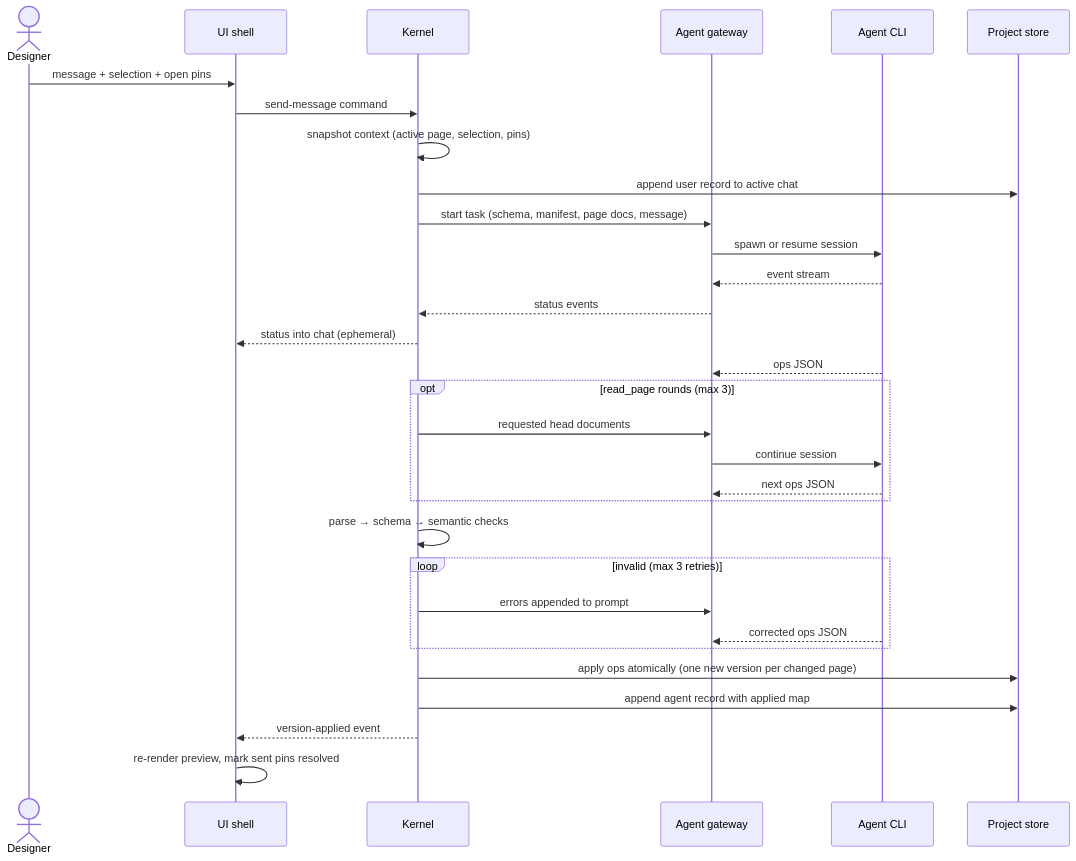
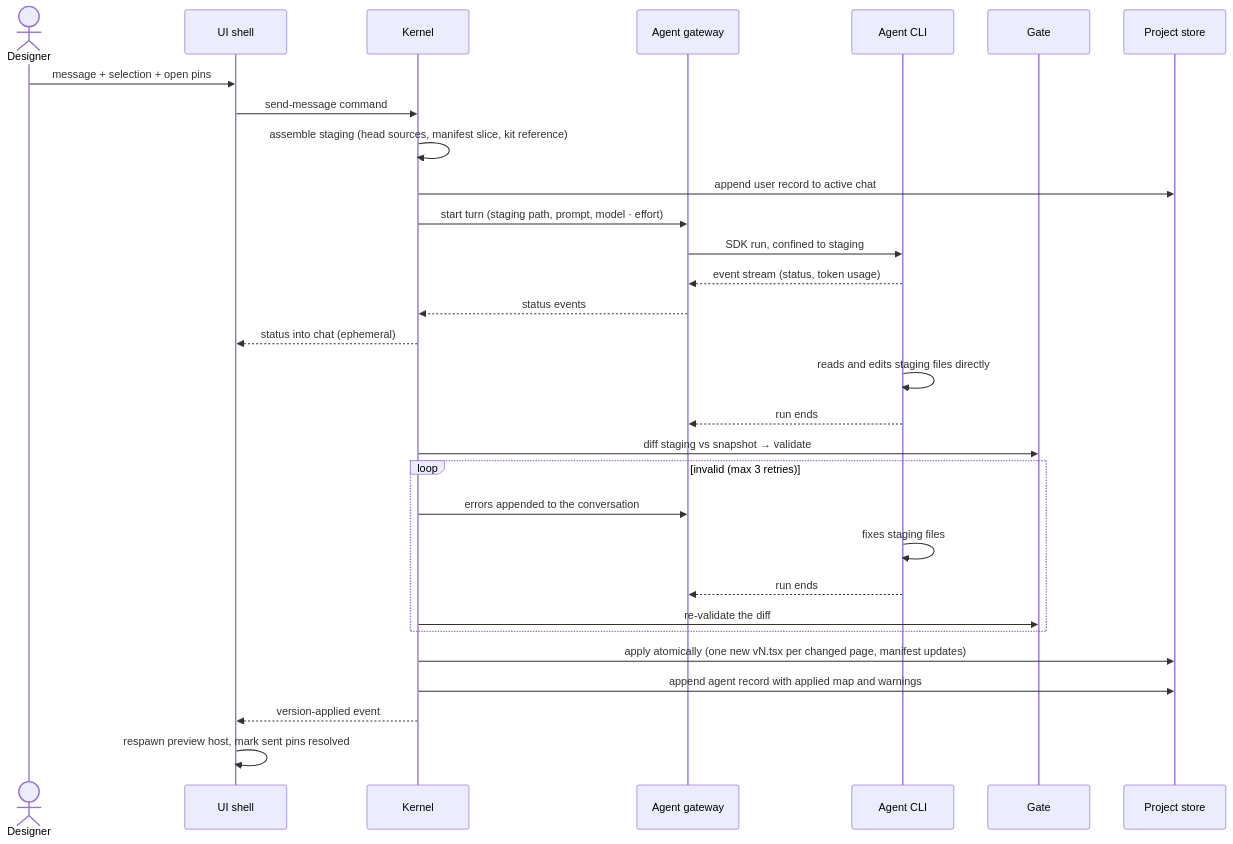
One commit to khmilevoi/termcraft changed the diagram in docs/architecture/flows/generation-turn.md. Above: the diagram before and after it, drawn with Mermaid. The commit also changed other lines of this file and 12 other files, not shown here.

````diff
--- a/docs/architecture/flows/generation-turn.md
+++ b/docs/architecture/flows/generation-turn.md
@@ -3,34 +3,33 @@
 ```mermaid
 sequenceDiagram
     actor U as Designer
     participant UI as UI shell
     participant K as Kernel
     participant G as Agent gateway
     participant C as Agent CLI
+    participant V as Gate
     participant S as Project store
 
     U->>UI: message + selection + open pins
     UI->>K: send-message command
-    K->>K: snapshot context (active page, selection, pins)
+    K->>K: assemble staging (head sources, manifest slice, kit reference)
     K->>S: append user record to active chat
-    K->>G: start task (schema, manifest, page docs, message)
-    G->>C: spawn or resume session
-    C-->>G: event stream
+    K->>G: start turn (staging path, prompt, model · effort)
+    G->>C: SDK run, confined to staging
+    C-->>G: event stream (status, token usage)
     G-->>K: status events
     K-->>UI: status into chat (ephemeral)
-    C-->>G: ops JSON
-    opt read_page rounds (max 3)
-        K->>G: requested head documents
-        G->>C: continue session
-        C-->>G: next ops JSON
+    C->>C: reads and edits staging files directly
+    C-->>G: run ends
+    K->>V: diff staging vs snapshot → validate
+    loop invalid (max 3 retries)
+        K->>G: errors appended to the conversation
+        C->>C: fixes staging files
+        C-->>G: run ends
+        K->>V: re-validate the diff
     end
-    K->>K: parse → schema → semantic checks
-    loop invalid (max 3 retries)
-        K->>G: errors appended to prompt
-        C-->>G: corrected ops JSON
-    end
-    K->>S: apply ops atomically (one new version per changed page)
-    K->>S: append agent record with applied map
+    K->>S: apply atomically (one new vN.tsx per changed page, manifest updates)
+    K->>S: append agent record with applied map and warnings
     K-->>UI: version-applied event
-    UI->>UI: re-render preview, mark sent pins resolved
+    UI->>UI: respawn preview host, mark sent pins resolved
 ```
````
